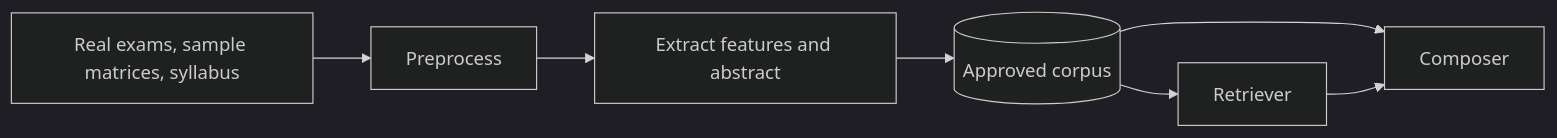
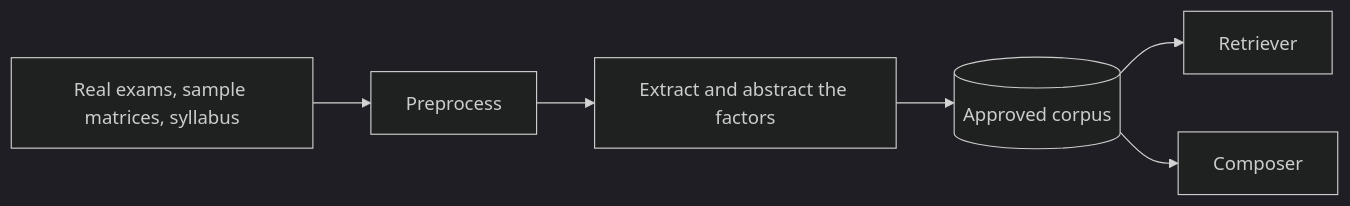
Before and after one commit to ndmhuy/ASTRA: the ninth of 16 diagrams in docs/ct-slide-plan.en.md, drawn with Mermaid (dark theme). The commit also changed other lines of this file and 1 other file, not shown here.

````diff
--- a/docs/ct-slide-plan.en.md
+++ b/docs/ct-slide-plan.en.md
@@ -450,9 +380,8 @@
 ```mermaid
 flowchart LR
     RAW["Real exams, sample matrices, syllabus"] --> PRE["Preprocess"]
-    PRE --> FE["Extract features and abstract"]
+    PRE --> FE["Extract and abstract the factors"]
     FE --> DB[("Approved corpus")]
     DB --> RT["Retriever"]
     DB --> CP["Composer"]
-    RT --> CP
 ```
````
